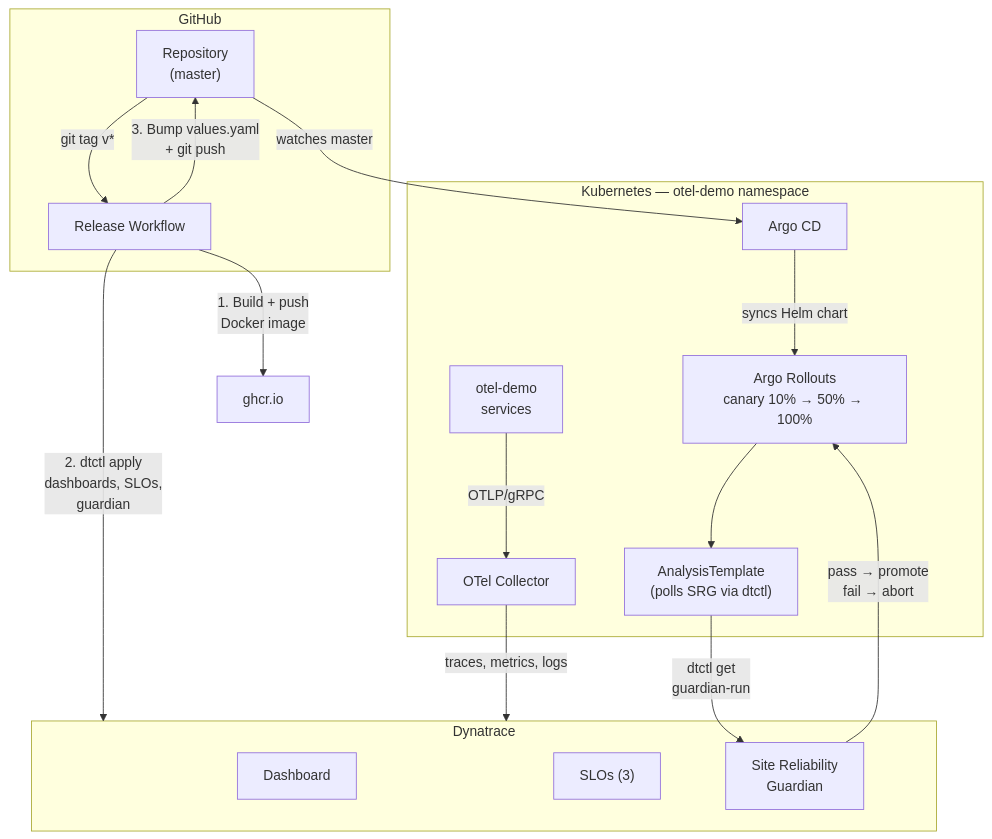
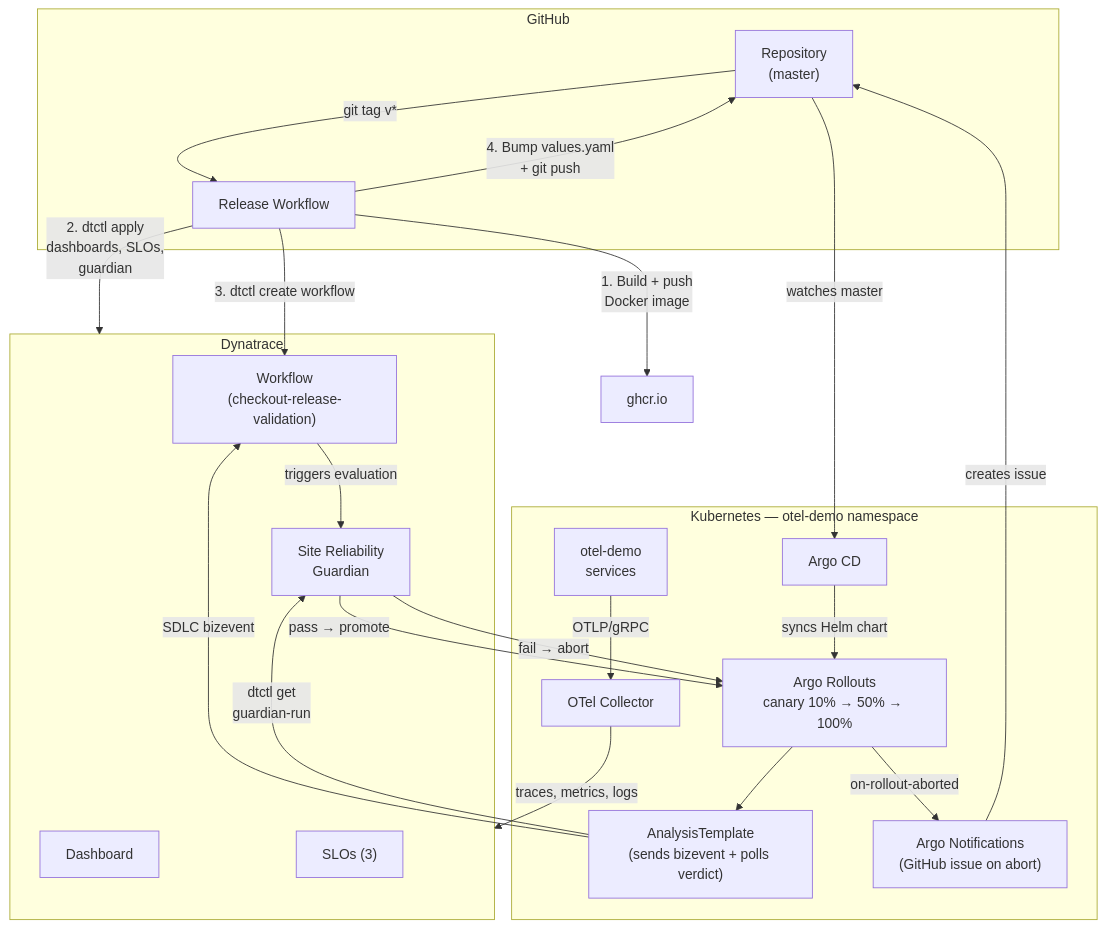
Before and after one commit to Observe-Resolve/dtctl: the diagram in README.md, drawn with Mermaid. The commit also changed other lines of this file and 4 other files, not shown here.

First line of the commit message:
fix: use API token auth for AnalysisTemplate + add workflow to architecture

````diff
--- a/README.md
+++ b/README.md
@@ -19,35 +19,43 @@
 ```mermaid
 graph TD
     subgraph GitHub
         Repo["Repository<br/>(master)"]
         CI["Release Workflow"]
     end
 
     subgraph Dynatrace
         Dashboard["Dashboard"]
         SLOs["SLOs (3)"]
+        Workflow["Workflow<br/>(checkout-release-validation)"]
         Guardian["Site Reliability<br/>Guardian"]
     end
 
     subgraph Kubernetes [Kubernetes — otel-demo namespace]
         ArgoCD["Argo CD"]
         Rollouts["Argo Rollouts<br/>canary 10% → 50% → 100%"]
-        Analysis["AnalysisTemplate<br/>(polls SRG via dtctl)"]
+        Analysis["AnalysisTemplate<br/>(sends bizevent + polls verdict)"]
+        Notifications["Argo Notifications<br/>(GitHub issue on abort)"]
         OtelDemo["otel-demo<br/>services"]
         Collector["OTel Collector"]
     end
 
     Repo -- "git tag v*" --> CI
     CI -- "1. Build + push<br/>Docker image" --> GHCR["ghcr.io"]
     CI -- "2. dtctl apply<br/>dashboards, SLOs,<br/>guardian" --> Dynatrace
-    CI -- "3. Bump values.yaml<br/>+ git push" --> Repo
+    CI -- "3. dtctl create workflow" --> Workflow
+    CI -- "4. Bump values.yaml<br/>+ git push" --> Repo
 
     Repo -- "watches master" --> ArgoCD
     ArgoCD -- "syncs Helm chart" --> Rollouts
     Rollouts --> Analysis
+    Analysis -- "SDLC bizevent" --> Workflow
+    Workflow -- "triggers evaluation" --> Guardian
     Analysis -- "dtctl get<br/>guardian-run" --> Guardian
-    Guardian -- "pass → promote<br/>fail → abort" --> Rollouts
+    Guardian -- "pass → promote" --> Rollouts
+    Guardian -- "fail → abort" --> Rollouts
+    Rollouts -- "on-rollout-aborted" --> Notifications
+    Notifications -- "creates issue" --> Repo
 
     OtelDemo -- "OTLP/gRPC" --> Collector
     Collector -- "traces, metrics, logs" --> Dynatrace
 ```
````
